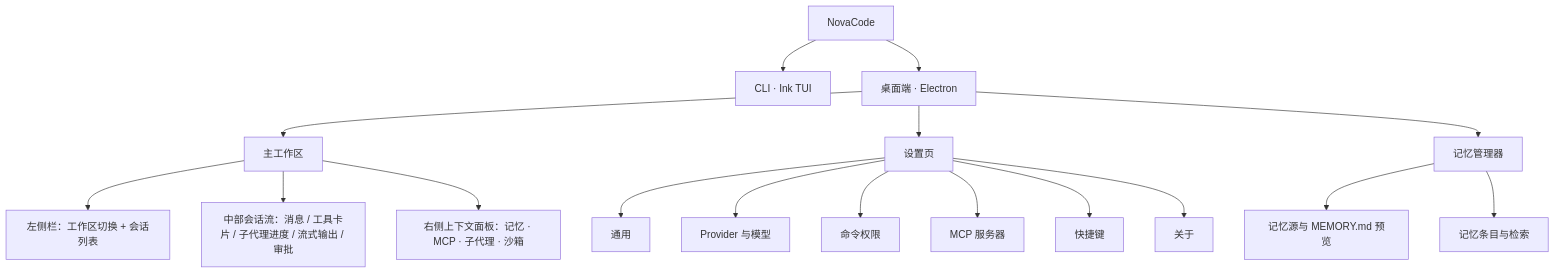
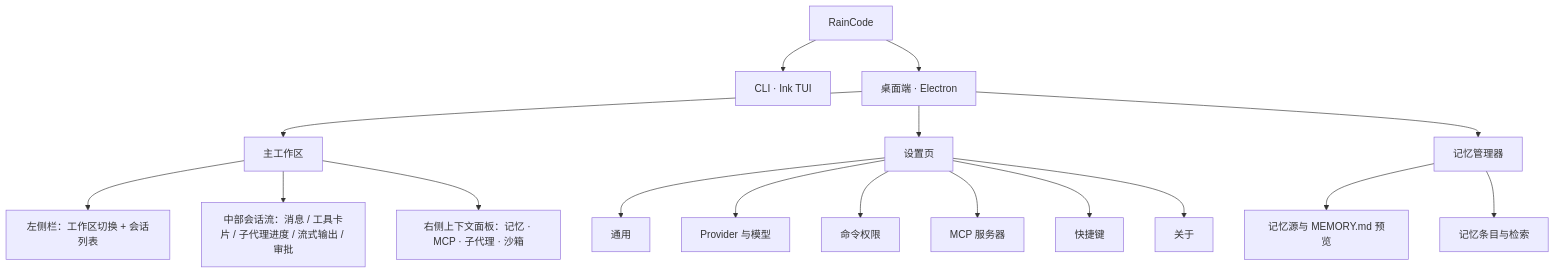
Before and after one commit to Rainmemery/RainCode: the diagram in docs/03-ui-design.md, drawn with Mermaid. The commit also changed other lines of this file and 131 other files, not shown here.

Commit message:
refactor: 产品更名 NovaCode → RainCode（包名 @raincode/* + bin/env/数据目录 .raincode + 全量文档与 UI 文案 + ADR-11 决策记录；历史日志与基准报告保留旧名为事实记录）

````diff
--- a/docs/03-ui-design.md
+++ b/docs/03-ui-design.md
@@ -154,14 +154,14 @@
 ```mermaid
 flowchart TD
-    A[NovaCode] --> B[CLI · Ink TUI]
+    A[RainCode] --> B[CLI · Ink TUI]
     A --> C[桌面端 · Electron]
     C --> D[主工作区]
     C --> E[设置页]
     C --> F[记忆管理器]
     D --> D1[左侧栏：工作区切换 + 会话列表]
     D --> D2[中部会话流：消息 / 工具卡片 / 子代理进度 / 流式输出 / 审批]
     D --> D3[右侧上下文面板：记忆 · MCP · 子代理 · 沙箱]
     E --> E1[通用] & E2[Provider 与模型] & E3[命令权限] & E4[MCP 服务器] & E5[快捷键] & E6[关于]
     F --> F1[记忆源与 MEMORY.md 预览]
     F --> F2[记忆条目与检索]
 ```
````
